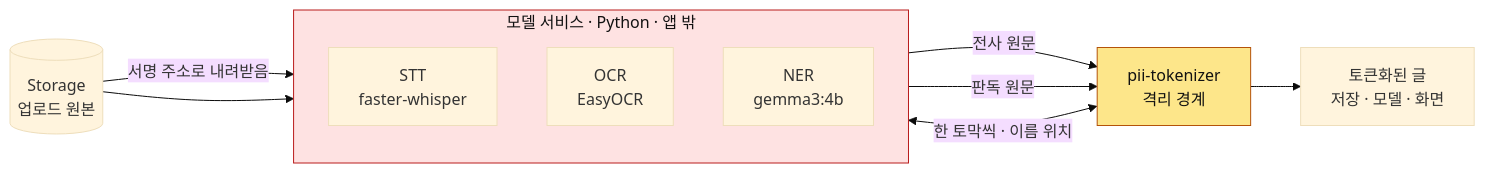
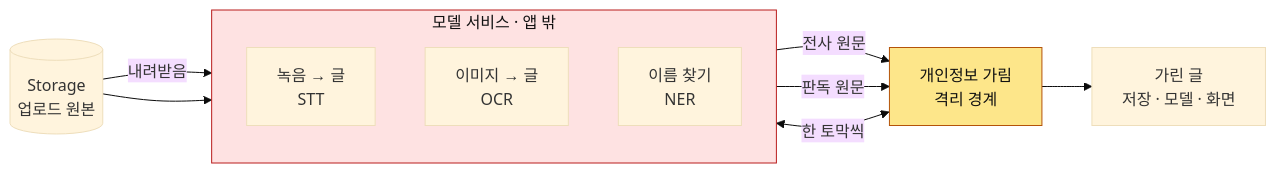
Before and after one commit to Dojaegyum/fsec-ai-challenge: the second of 10 diagrams in ARCHITECTURE.md, drawn with Mermaid (base theme). The commit also changed other lines of this file, not shown here.

First line of the commit message:
ARCHITECTURE.md 그림에서 코드 이름을 빼고 하는 일을 한글로 적는다 — 상자 한 줄은 한글 10자·영문 10자 안으로, 모듈 이름은 그림 아래 표로, 머리말·「이 문서의 자리」·설명조 문장은 없앤다

````diff
--- a/ARCHITECTURE.md
+++ b/ARCHITECTURE.md
@@ -66,24 +52,24 @@
 ```mermaid
 flowchart LR
     BLOB[("Storage<br/>업로드 원본")]
 
-    subgraph M["모델 서비스 · Python · 앱 밖"]
+    subgraph M["모델 서비스 · 앱 밖"]
         direction TB
-        STT["STT<br/>faster-whisper"]
-        OCR["OCR<br/>EasyOCR"]
-        NER["NER<br/>gemma3:4b"]
+        STT["녹음 → 글<br/>STT"]
+        OCR["이미지 → 글<br/>OCR"]
+        NER["이름 찾기<br/>NER"]
     end
 
-    TOK["pii-tokenizer<br/>격리 경계"]
-    OUT["토큰화된 글<br/>저장 · 모델 · 화면"]
+    TOK["개인정보 가림<br/>격리 경계"]
+    OUT["가린 글<br/>저장 · 모델 · 화면"]
 
-    BLOB -- "서명 주소로 내려받음" --> STT
+    BLOB -- "내려받음" --> STT
     BLOB --> OCR
     STT -- "전사 원문" --> TOK
     OCR -- "판독 원문" --> TOK
-    TOK <-- "한 토막씩 · 이름 위치" --> NER
+    TOK <-- "한 토막씩" --> NER
     TOK --> OUT
 
     style M fill:#fee2e2,stroke:#b91c1c,color:#111
     style TOK fill:#fde68a,stroke:#b45309,color:#111
 ```
````
